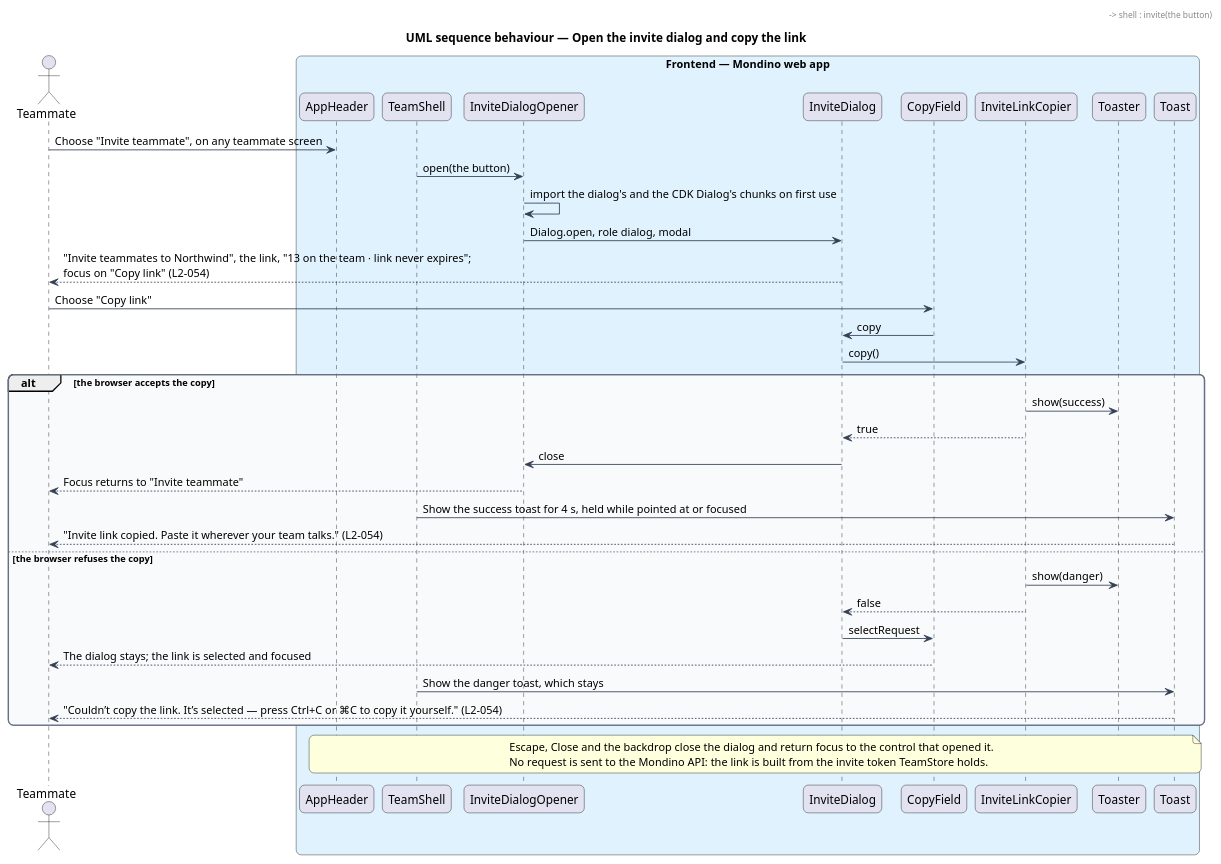
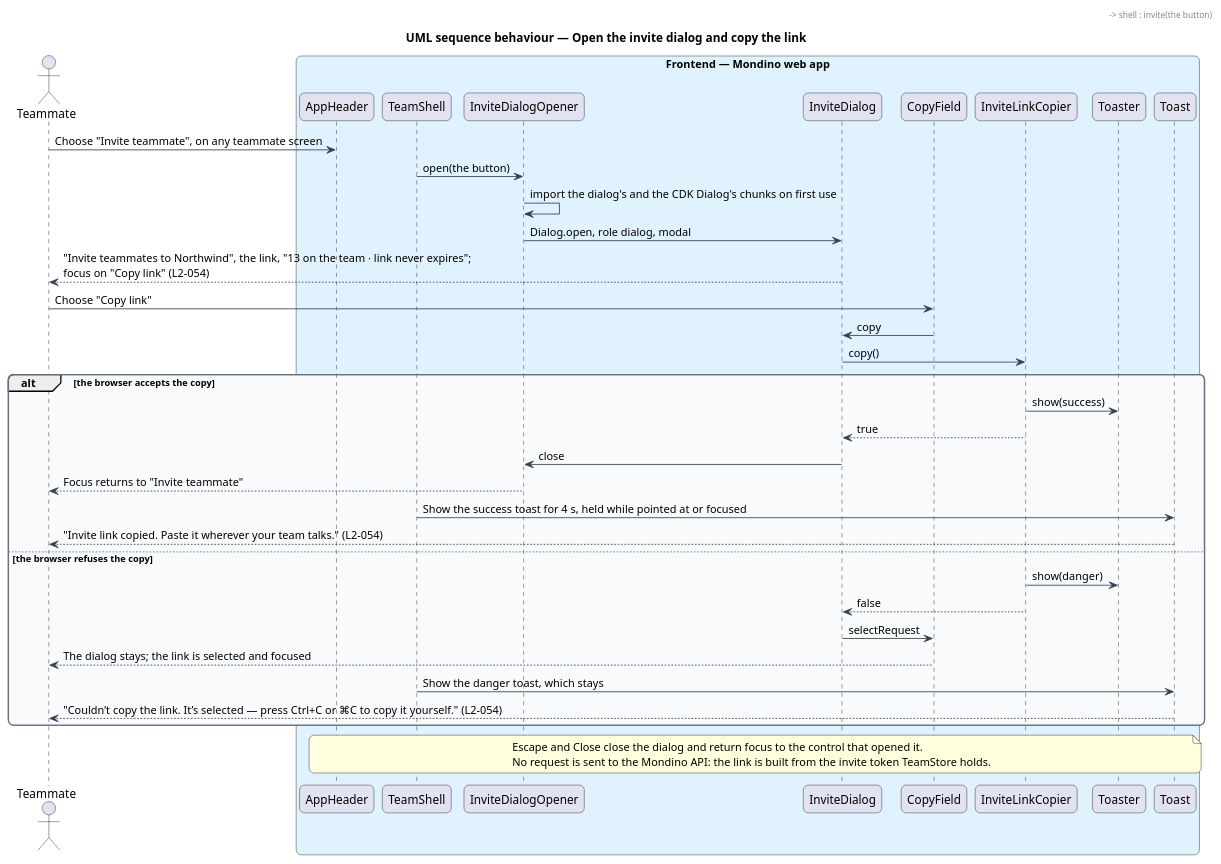
The diagram in docs/detailed-designs/joining/invite-teammates/diagrams/sequence-copy-invite-link.puml (QuinntyneBrown/Mondino), drawn with PlantUML before and after one commit. The commit also changed 2 other files, not shown here.

```diff
--- a/docs/detailed-designs/joining/invite-teammates/diagrams/sequence-copy-invite-link.puml
+++ b/docs/detailed-designs/joining/invite-teammates/diagrams/sequence-copy-invite-link.puml
@@ -1,56 +1,56 @@
 @startuml
 title UML sequence behaviour — Open the invite dialog and copy the link
 skinparam backgroundColor #FFFFFF
 skinparam shadowing false
 skinparam roundcorner 12
 skinparam defaultFontName Arial
 skinparam ArrowColor #344054
 skinparam rectangle {
   BorderColor #344054
   FontColor #101828
 }
 skinparam package {
   BorderColor #667085
   FontColor #101828
   BackgroundColor #F9FAFB
 }
 actor "Teammate" as actor
 box "Frontend — Mondino web app" #E0F2FE
   participant "AppHeader" as header
   participant "TeamShell" as shell
   participant "InviteDialogOpener" as opener
   participant "InviteDialog" as dialog
   participant "CopyField" as field
   participant "InviteLinkCopier" as copier
   participant "Toaster" as toaster
   participant "Toast" as toast
 end box
 actor -> header : Choose "Invite teammate", on any teammate screen
 header -> shell : invite(the button)
 shell -> opener : open(the button)
 opener -> opener : import the dialog's and the CDK Dialog's chunks on first use
 opener -> dialog : Dialog.open, role dialog, modal
 dialog --> actor : "Invite teammates to Northwind", the link, "13 on the team · link never expires";\nfocus on "Copy link" (L2-054)
 actor -> field : Choose "Copy link"
 field -> dialog : copy
 dialog -> copier : copy()
 alt the browser accepts the copy
   copier -> toaster : show(success)
   copier --> dialog : true
   dialog -> opener : close
   opener --> actor : Focus returns to "Invite teammate"
   shell -> toast : Show the success toast for 4 s, held while pointed at or focused
   toast --> actor : "Invite link copied. Paste it wherever your team talks." (L2-054)
 else the browser refuses the copy
   copier -> toaster : show(danger)
   copier --> dialog : false
   dialog -> field : selectRequest
   field --> actor : The dialog stays; the link is selected and focused
   shell -> toast : Show the danger toast, which stays
   toast --> actor : "Couldn’t copy the link. It’s selected — press Ctrl+C or ⌘C to copy it yourself." (L2-054)
 end
 note over header, toast
-  Escape, Close and the backdrop close the dialog and return focus to the control that opened it.
+  Escape and Close close the dialog and return focus to the control that opened it.
   No request is sent to the Mondino API: the link is built from the invite token TeamStore holds.
 end note
 @enduml
```
